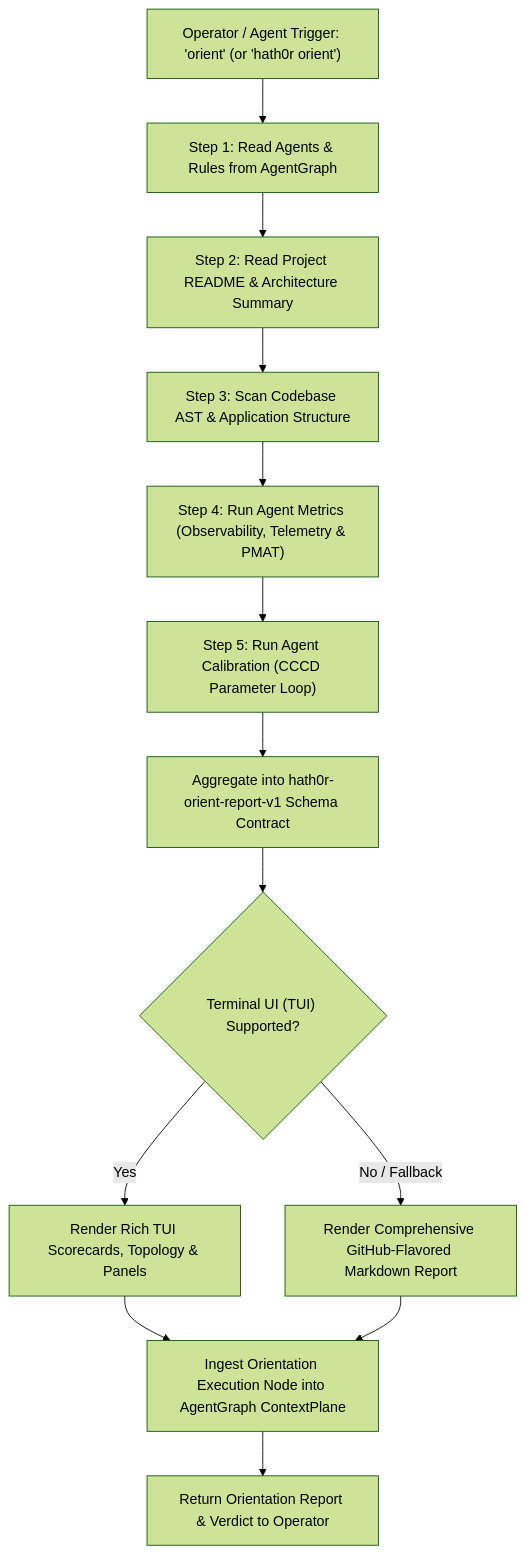
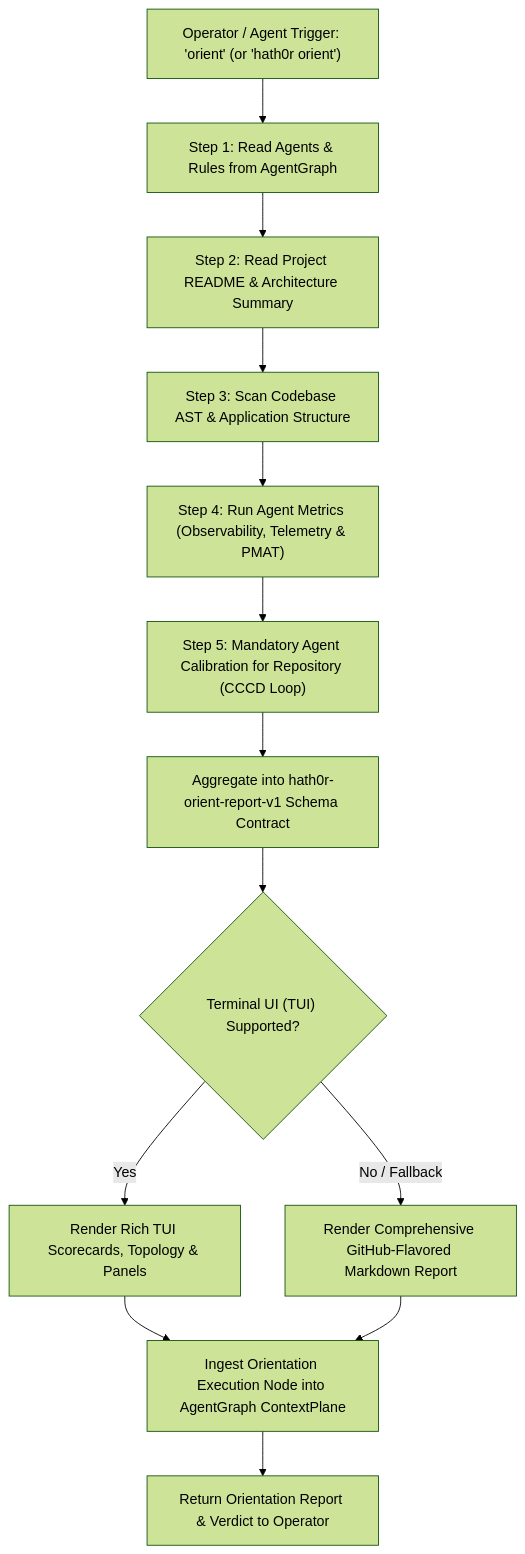
The diagram in docs/governance/workflows/orient-workflow.md (Bayly-AI/HATH0R-Agentic-Framework), drawn with Mermaid (forest theme) before and after one commit. The commit also changed other lines of this file, not shown here.

````diff
--- a/docs/governance/workflows/orient-workflow.md
+++ b/docs/governance/workflows/orient-workflow.md
@@ -6,14 +6,14 @@
 ```mermaid
 flowchart TD
     A["Operator / Agent Trigger: 'orient' (or 'hath0r orient')"] --> B["Step 1: Read Agents & Rules from AgentGraph"]
     B --> C["Step 2: Read Project README & Architecture Summary"]
     C --> D["Step 3: Scan Codebase AST & Application Structure"]
     D --> E["Step 4: Run Agent Metrics (Observability, Telemetry & PMAT)"]
-    E --> F["Step 5: Run Agent Calibration (CCCD Parameter Loop)"]
+    E --> F["Step 5: Mandatory Agent Calibration for Repository (CCCD Loop)"]
     F --> G["Aggregate into hath0r-orient-report-v1 Schema Contract"]
     G --> H{"Terminal UI (TUI) Supported?"}
     H -- Yes --> I["Render Rich TUI Scorecards, Topology & Panels"]
     H -- No / Fallback --> J["Render Comprehensive GitHub-Flavored Markdown Report"]
     I & J --> K["Ingest Orientation Execution Node into AgentGraph ContextPlane"]
     K --> L["Return Orientation Report & Verdict to Operator"]
 ```
````
